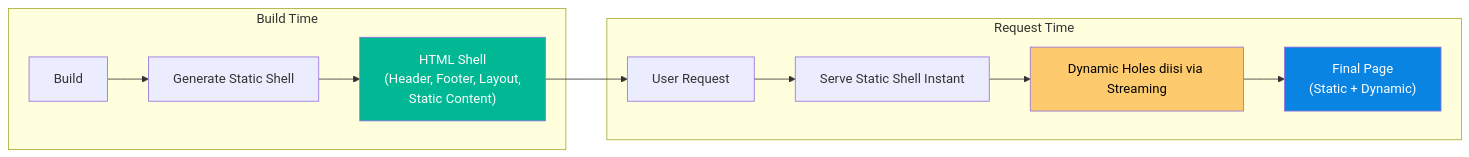
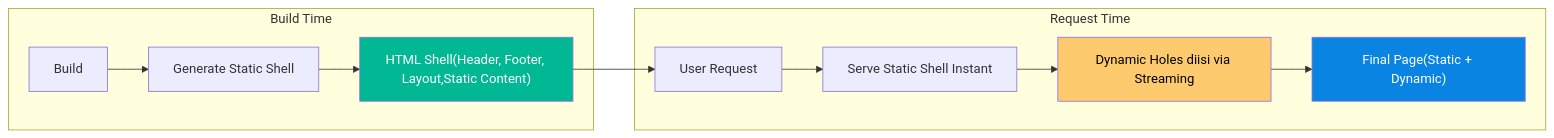
Before and after one commit to komandro-ccit/komandro-ccit.github.io: the seventh of 10 diagrams in src/content/materials/web/nextjs-framework-react-paling-teroptimasi-yang-pernah-dibangun.mdx, drawn with Mermaid. The commit also changed other lines of this file and 235 other files, not shown here.

````diff
--- a/src/content/materials/web/nextjs-framework-react-paling-teroptimasi-yang-pernah-dibangun.mdx
+++ b/src/content/materials/web/nextjs-framework-react-paling-teroptimasi-yang-pernah-dibangun.mdx
@@ -553,19 +553,19 @@
 ```mermaid
 graph LR
     subgraph "Build Time"
         A[Build] --> B[Generate Static Shell]
-        B --> C["HTML Shell<br/>(Header, Footer, Layout,<br/>Static Content)"]
+        B --> C["HTML Shell(Header, Footer, Layout,Static Content)"]
     end
 
     subgraph "Request Time"
         D[User Request] --> E[Serve Static Shell Instant]
         E --> F["Dynamic Holes diisi via Streaming"]
-        F --> G["Final Page<br/>(Static + Dynamic)"]
+        F --> G["Final Page(Static + Dynamic)"]
     end
 
     C --> D
 
     style C fill:#00b894,color:#fff
     style F fill:#fdcb6e,color:#000
     style G fill:#0984e3,color:#fff
 ```
````
